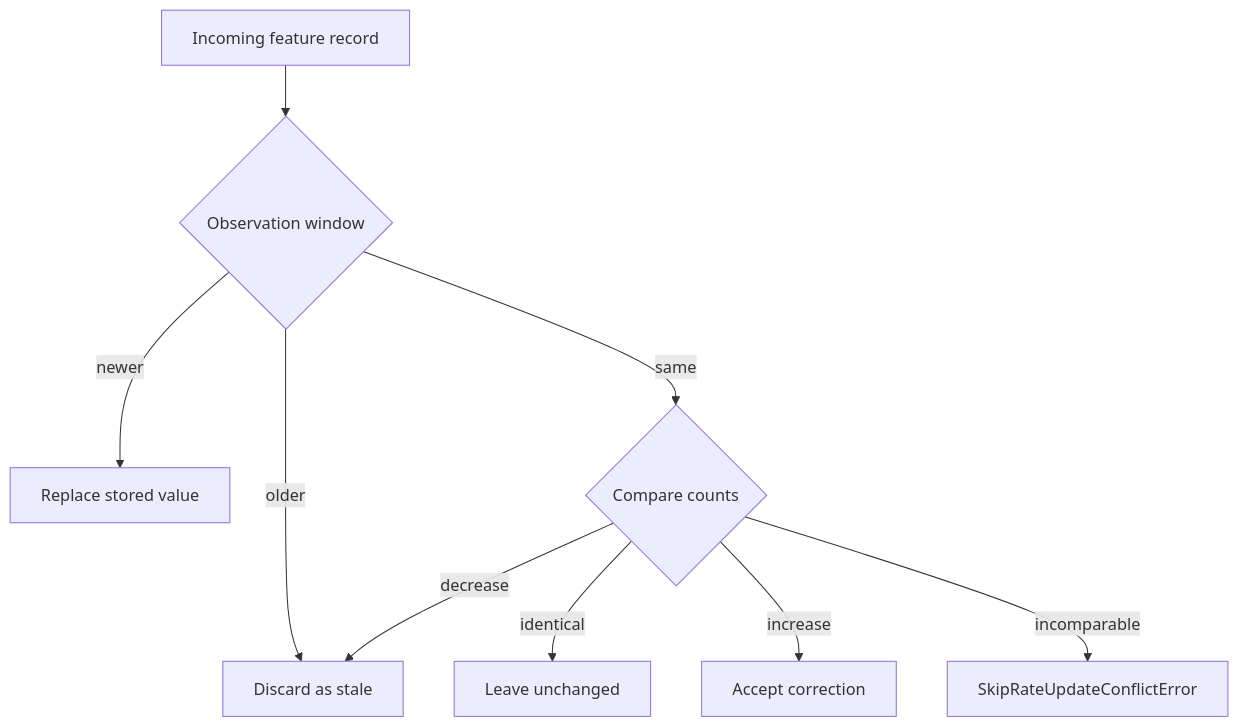
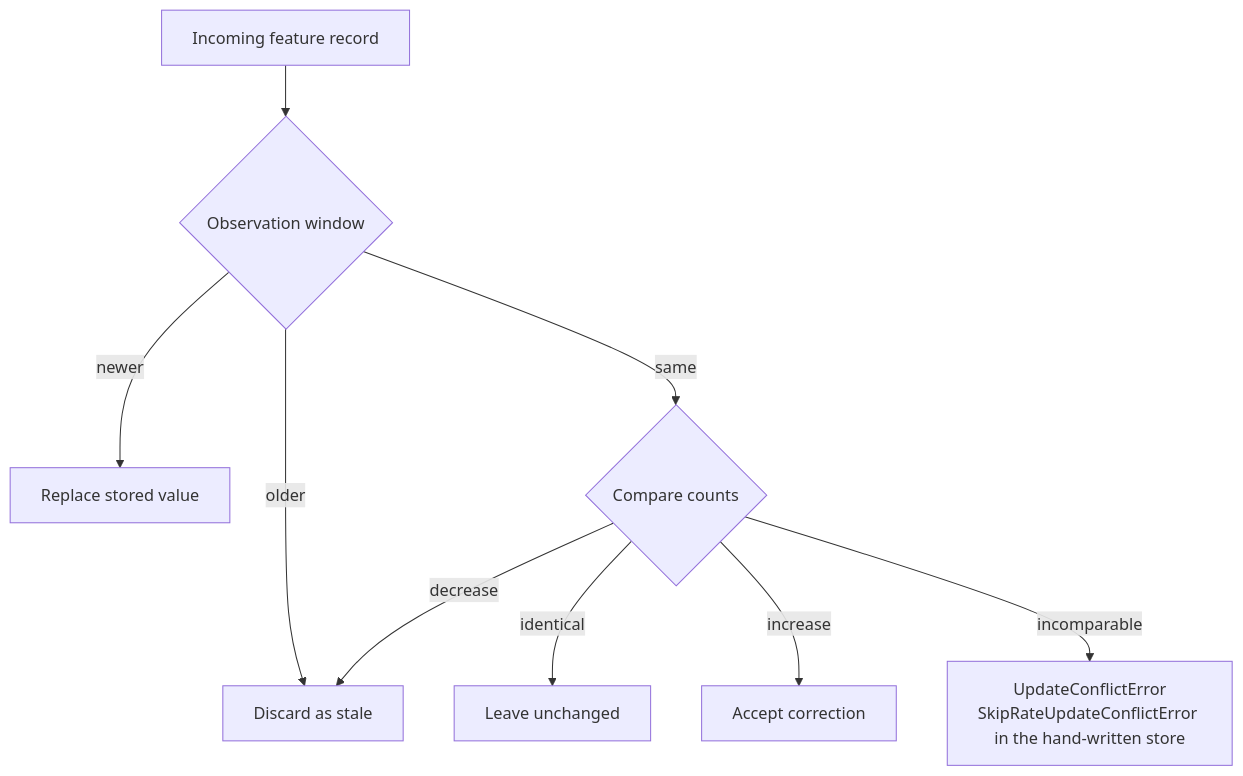
Before and after one commit to oster-dev/featureforge: the fourth of 8 diagrams in ARCHITECTURE.md, drawn with Mermaid. The commit also changed other lines of this file and 8 other files, not shown here.

````diff
--- a/ARCHITECTURE.md
+++ b/ARCHITECTURE.md
@@ -159,11 +167,11 @@
 ```mermaid
 flowchart TD
     IN[Incoming feature record] --> W{Observation window}
     W -->|newer| REPLACE[Replace stored value]
     W -->|older| DISCARD[Discard as stale]
     W -->|same| SAME{Compare counts}
     SAME -->|identical| NOOP[Leave unchanged]
     SAME -->|increase| ACCEPT[Accept correction]
     SAME -->|decrease| DISCARD
-    SAME -->|incomparable| ERR[SkipRateUpdateConflictError]
+    SAME -->|incomparable| ERR[UpdateConflictError<br/>SkipRateUpdateConflictError in the hand-written store]
 ```
````
